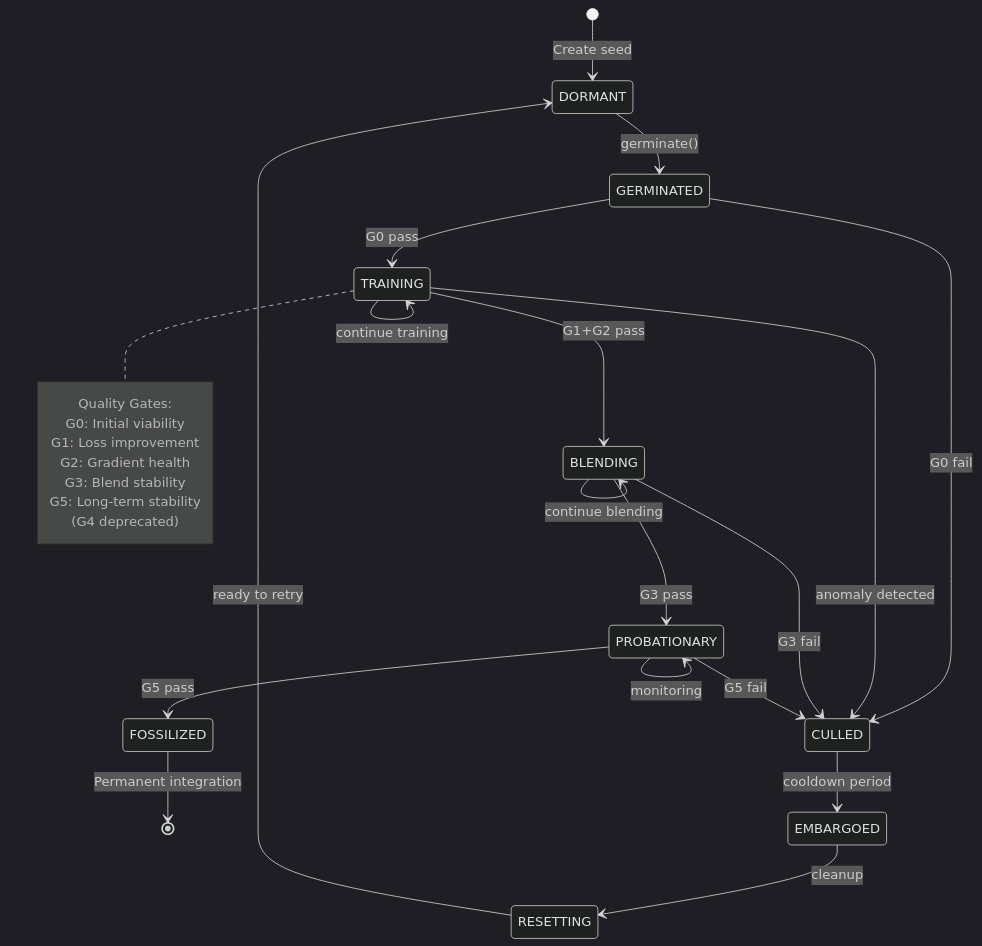
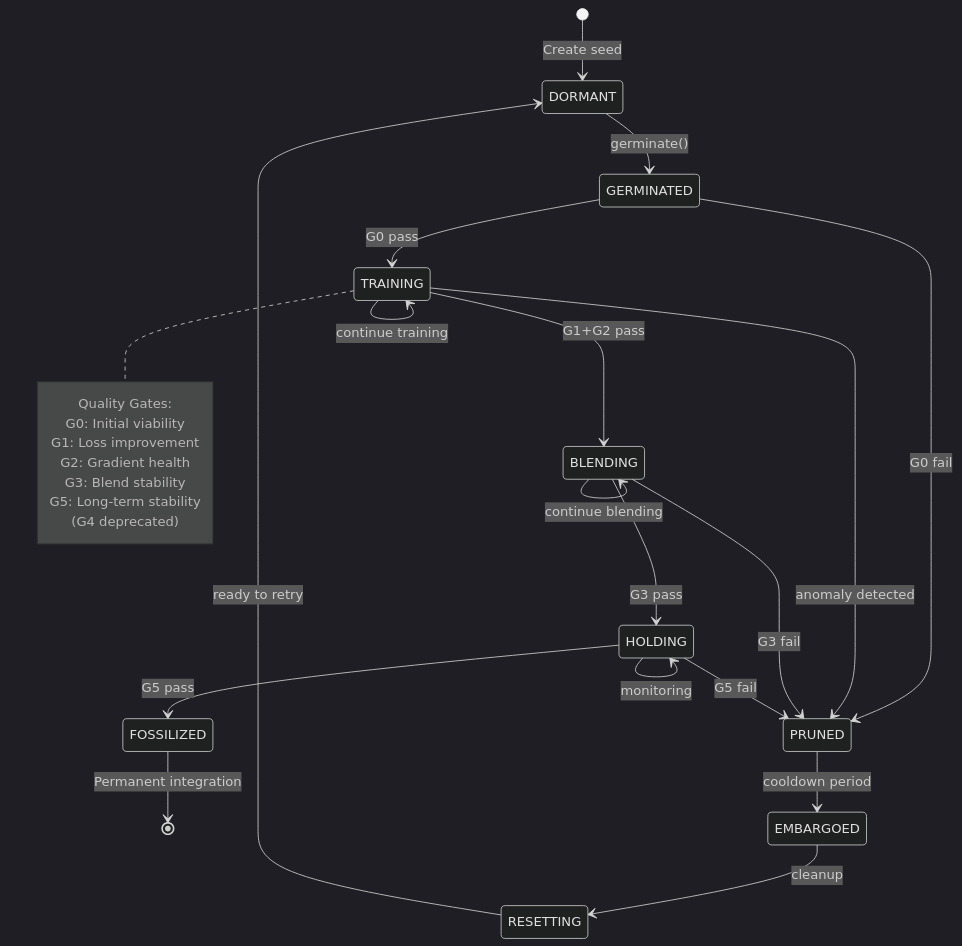
One commit to tachyon-beep/esper-lite changed the sixth of 10 diagrams in docs/arch-analysis-2025-12-13-2143/03-diagrams.md. Above: the diagram before and after it, drawn with Mermaid (dark theme). The commit also changed 26 other files, not shown here.

First line of the commit message:
Refactor seed lifecycle terminology: replace "CULLED" with "PRUNED" across specifications

````diff
--- a/docs/arch-analysis-2025-12-13-2143/03-diagrams.md
+++ b/docs/arch-analysis-2025-12-13-2143/03-diagrams.md
@@ -292,36 +292,36 @@
 ```mermaid
 stateDiagram-v2
     [*] --> DORMANT: Create seed
 
     DORMANT --> GERMINATED: germinate()
     GERMINATED --> TRAINING: G0 pass
-    GERMINATED --> CULLED: G0 fail
+    GERMINATED --> PRUNED: G0 fail
 
     TRAINING --> TRAINING: continue training
     TRAINING --> BLENDING: G1+G2 pass
-    TRAINING --> CULLED: anomaly detected
+    TRAINING --> PRUNED: anomaly detected
 
     BLENDING --> BLENDING: continue blending
-    BLENDING --> PROBATIONARY: G3 pass
-    BLENDING --> CULLED: G3 fail
+    BLENDING --> HOLDING: G3 pass
+    BLENDING --> PRUNED: G3 fail
 
-    PROBATIONARY --> PROBATIONARY: monitoring
-    PROBATIONARY --> FOSSILIZED: G5 pass
-    PROBATIONARY --> CULLED: G5 fail
+    HOLDING --> HOLDING: monitoring
+    HOLDING --> FOSSILIZED: G5 pass
+    HOLDING --> PRUNED: G5 fail
 
     FOSSILIZED --> [*]: Permanent integration
 
-    CULLED --> EMBARGOED: cooldown period
+    PRUNED --> EMBARGOED: cooldown period
     EMBARGOED --> RESETTING: cleanup
     RESETTING --> DORMANT: ready to retry
 
     note right of TRAINING
         Quality Gates:
         G0: Initial viability
         G1: Loss improvement
         G2: Gradient health
         G3: Blend stability
         G5: Long-term stability
         (G4 deprecated)
     end note
 ```
````
